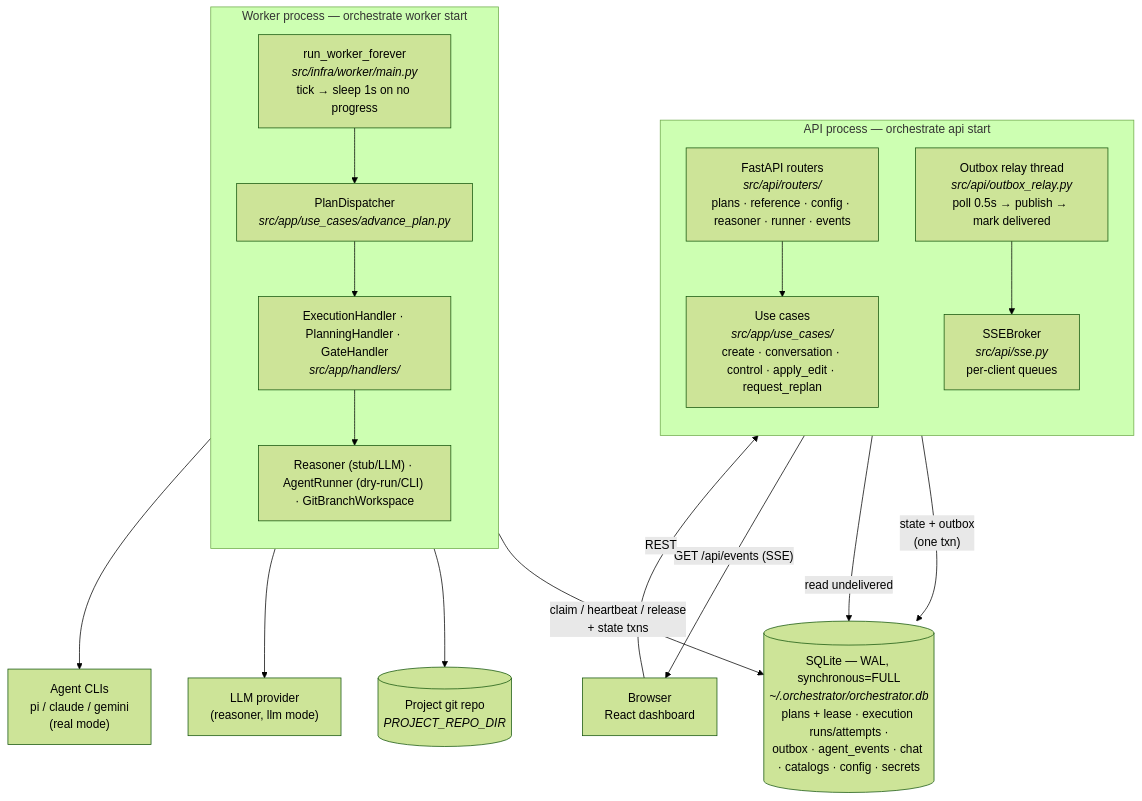
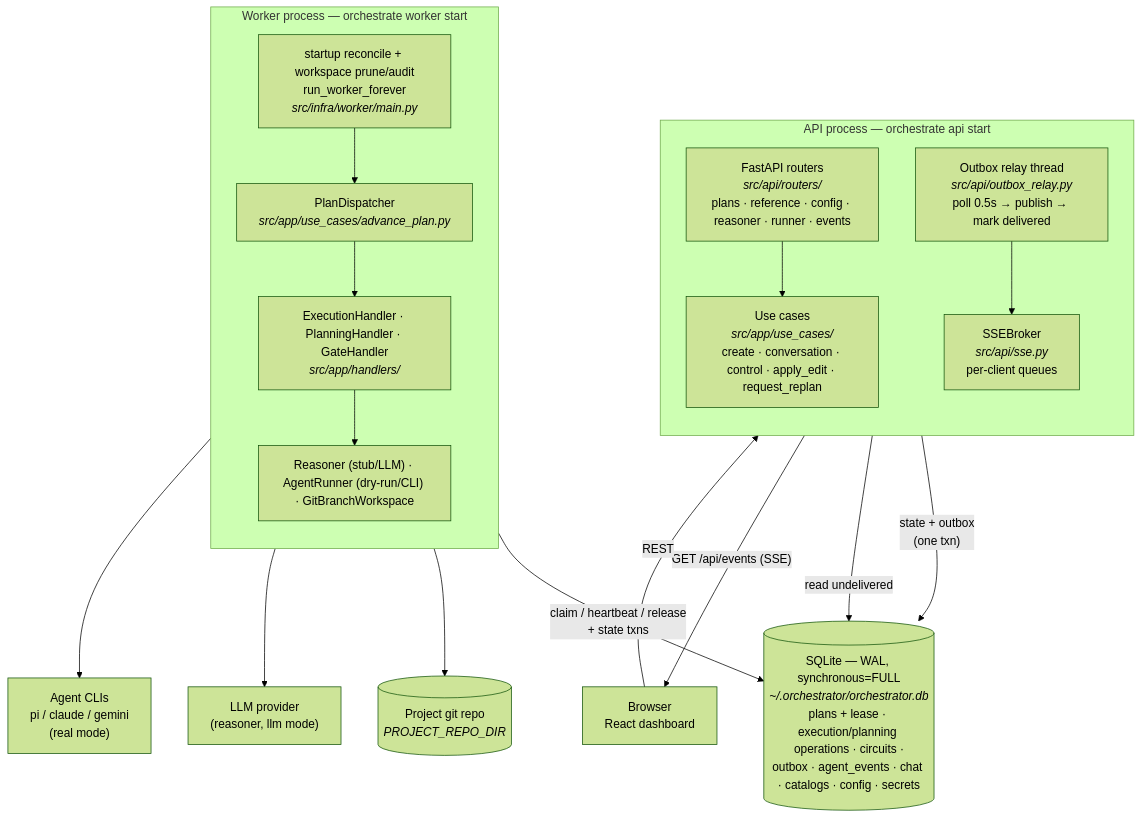
One commit to guilhermeUpToTask/agent-orchestrator-prototype changed the first of 2 diagrams in docs/architecture/overview.md. Above: the diagram before and after it, drawn with Mermaid (forest theme). The commit also changed other lines of this file and 12 other files, not shown here.

````diff
--- a/docs/architecture/overview.md
+++ b/docs/architecture/overview.md
@@ -11,37 +11,37 @@
 ```mermaid
 flowchart TB
     subgraph apiproc["API process — orchestrate api start"]
         direction TB
         routers["FastAPI routers<br/><i>src/api/routers/</i><br/>plans · reference · config · reasoner · runner · events"]
         usecases1["Use cases<br/><i>src/app/use_cases/</i><br/>create · conversation · control · apply_edit · request_replan"]
         broker["SSEBroker<br/><i>src/api/sse.py</i><br/>per-client queues"]
         relaythread["Outbox relay thread<br/><i>src/api/outbox_relay.py</i><br/>poll 0.5s → publish → mark delivered"]
         routers --> usecases1
     end
 
     subgraph workerproc["Worker process — orchestrate worker start"]
         direction TB
-        tick["run_worker_forever<br/><i>src/infra/worker/main.py</i><br/>tick → sleep 1s on no progress"]
+        tick["startup reconcile + workspace prune/audit<br/>run_worker_forever<br/><i>src/infra/worker/main.py</i>"]
         dispatch["PlanDispatcher<br/><i>src/app/use_cases/advance_plan.py</i>"]
         handlers["ExecutionHandler · PlanningHandler · GateHandler<br/><i>src/app/handlers/</i>"]
         adapters["Reasoner (stub/LLM) · AgentRunner (dry-run/CLI) · GitBranchWorkspace"]
         tick --> dispatch --> handlers --> adapters
     end
 
-    db[("SQLite — WAL, synchronous=FULL<br/><i>~/.orchestrator/orchestrator.db</i><br/>plans + lease · execution runs/attempts ·<br/>outbox · agent_events · chat · catalogs · config · secrets")]
+    db[("SQLite — WAL, synchronous=FULL<br/><i>~/.orchestrator/orchestrator.db</i><br/>plans + lease · execution/planning operations · circuits ·<br/>outbox · agent_events · chat · catalogs · config · secrets")]
 
     browser["Browser<br/>React dashboard"]
     repo[("Project git repo<br/><i>PROJECT_REPO_DIR</i>")]
     llm["LLM provider<br/>(reasoner, llm mode)"]
     clis["Agent CLIs<br/>pi / claude / gemini<br/>(real mode)"]
 
     usecases1 -- "state + outbox<br/>(one txn)" --> db
     relaythread -- "read undelivered" --> db
     relaythread --> broker
     broker -- "GET /api/events (SSE)" --> browser
     browser -- REST --> routers
     tick -- "claim / heartbeat / release<br/>+ state txns" --> db
     adapters --> repo
     adapters --> llm
     adapters --> clis
 ```
````
